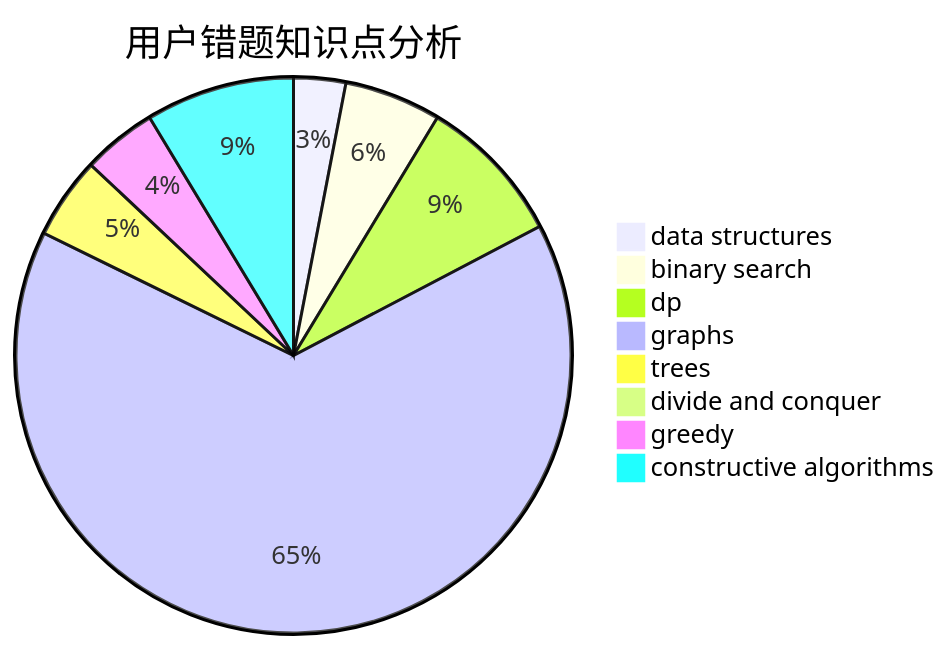
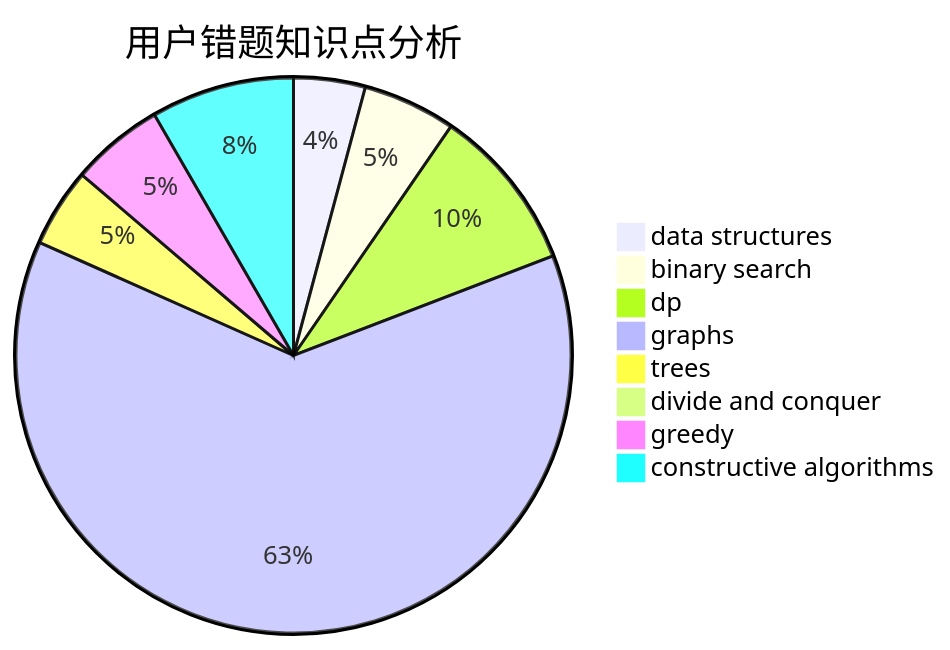
Before and after one commit to sherpahu/cfrs.github.io: the third of 3 diagrams in docs/user/u306.md, drawn with Mermaid. The commit also changed other lines of this file and 2770 other files, not shown here.

````diff
--- a/docs/user/u306.md
+++ b/docs/user/u306.md
@@ -36,11 +36,11 @@
 ```mermaid
 pie title 用户错题知识点分析
-    "data structures" :  7
+    "data structures" :  10
     "binary search" :  13
-    "dp" :  20
+    "dp" :  23
     "graphs" :  150
     "trees" :  11
     "divide and conquer" :  0
-    "greedy" :  10
+    "greedy" :  13
     "constructive algorithms" :  20
 ```
````
